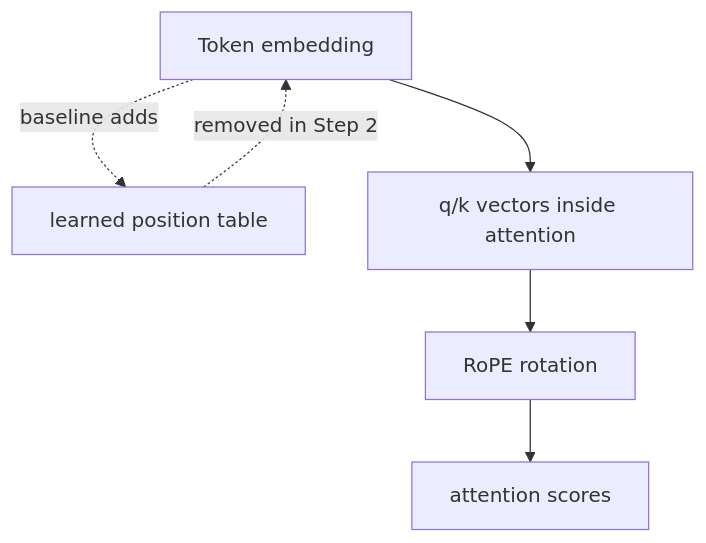
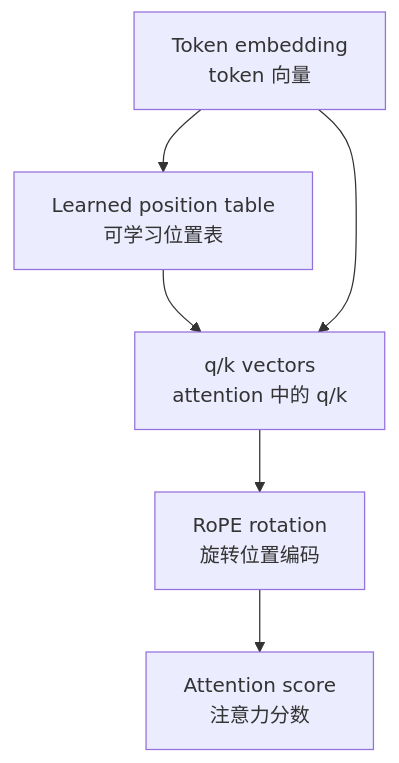
One commit to Lewis-Xinyu/gpt2-to-2026 changed the sixth of 9 diagrams in docs/architecture_roadmap.md. Above: the diagram before and after it, drawn with Mermaid. The commit also changed other lines of this file and 1 other file, not shown here.

Commit message:
Expand bilingual roadmap documentation

````diff
--- a/docs/architecture_roadmap.md
+++ b/docs/architecture_roadmap.md
@@ -93,12 +147,13 @@
 ```mermaid
 flowchart TD
-    Emb["Token embedding"]
-    Pos["learned position table"]
-    QK["q/k vectors inside attention"]
-    RoPE["RoPE rotation"]
-    Attn["attention scores"]
+    Tok["Token embedding<br/>token 向量"]
+    Pos["Learned position table<br/>可学习位置表"]
+    QK["q/k vectors<br/>attention 中的 q/k"]
+    RoPE["RoPE rotation<br/>旋转位置编码"]
+    Score["Attention score<br/>注意力分数"]
 
-    Emb -. "baseline adds" .-> Pos
-    Pos -. "removed in Step 2" .-> Emb
-    Emb --> QK --> RoPE --> Attn
+    Tok --> Pos
+    Pos --> QK
+    Tok --> QK
+    QK --> RoPE --> Score
 ```
````
